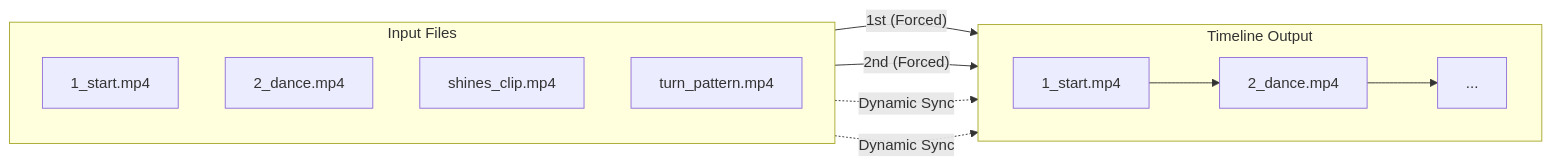
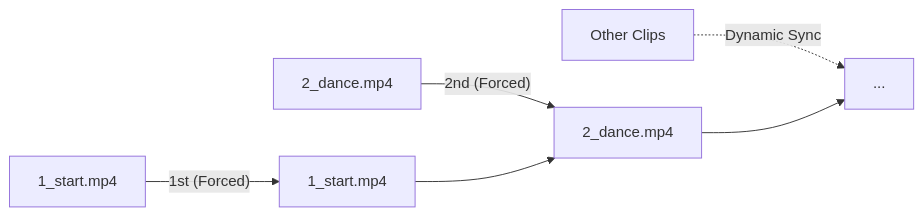
Before and after one commit to julesjewels-ai/bachata-beat-story-sync: the second of 5 diagrams in docs/user-guide.md, drawn with Mermaid. The commit also changed other lines of this file and 8 other files, not shown here.

Commit message:
docs: Update documentation with new banner images and simplify several mermaid flowcharts.

````diff
--- a/docs/user-guide.md
+++ b/docs/user-guide.md
@@ -118,20 +120,7 @@
 ```mermaid
 flowchart LR
-    subgraph Input Files
-    direction TB
-    I1[1_start.mp4]
-    I2[2_dance.mp4]
-    I3[shines_clip.mp4]
-    I4[turn_pattern.mp4]
-    end
-
-    subgraph Timeline Output
-    direction LR
-    O1[1_start.mp4] --> O2[2_dance.mp4] --> O3[...]
-    end
-
-    I1 -->|"1st (Forced)"| O1
-    I2 -->|"2nd (Forced)"| O2
-    I3 -.->|"Dynamic Sync"| O3
-    I4 -.->|"Dynamic Sync"| O3
+    I1[1_start.mp4] -->|"1st (Forced)"| O1[1_start.mp4]
+    I2[2_dance.mp4] -->|"2nd (Forced)"| O2[2_dance.mp4]
+    I3[Other Clips] -.->|"Dynamic Sync"| O3[...]
+    O1 --> O2 --> O3
 ```
````
